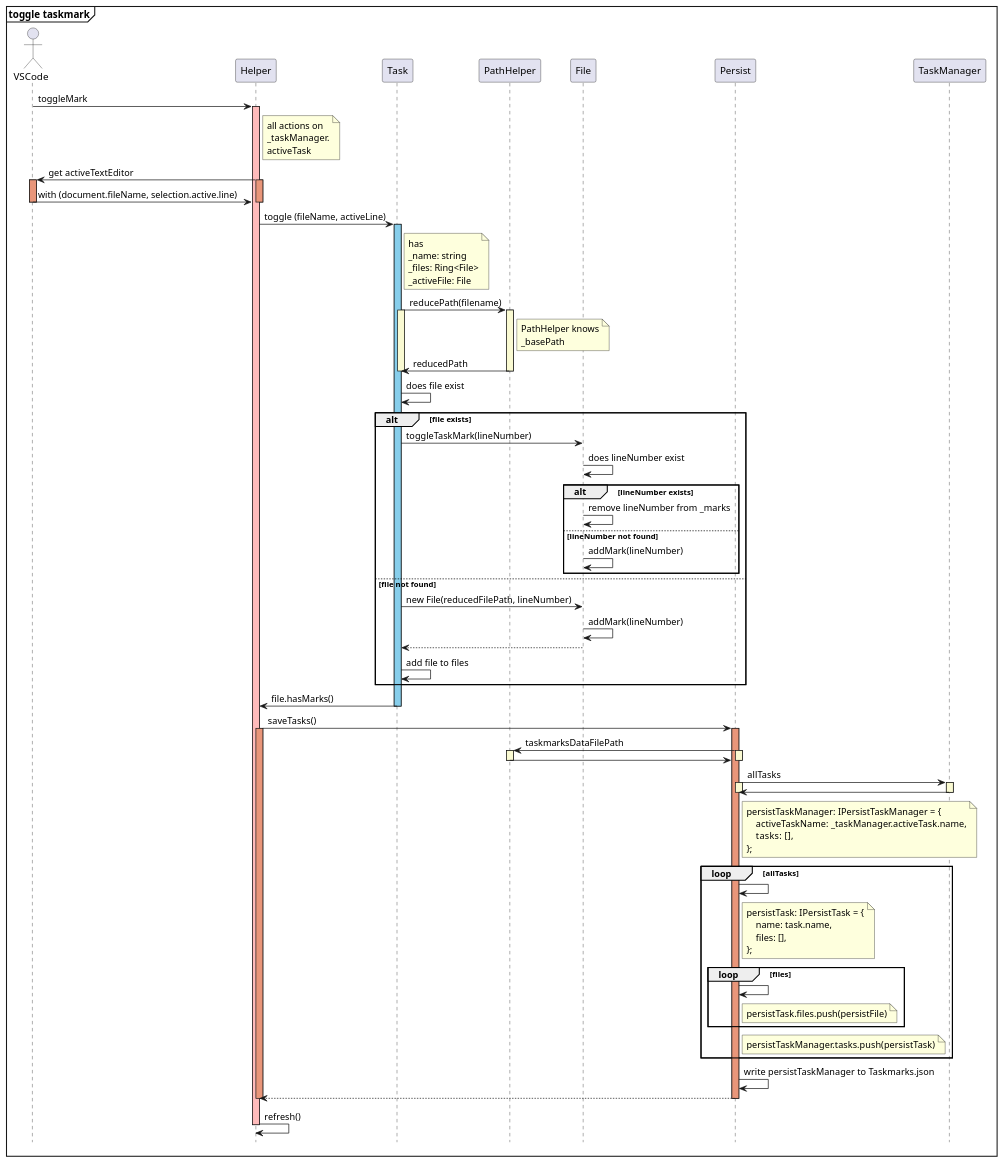
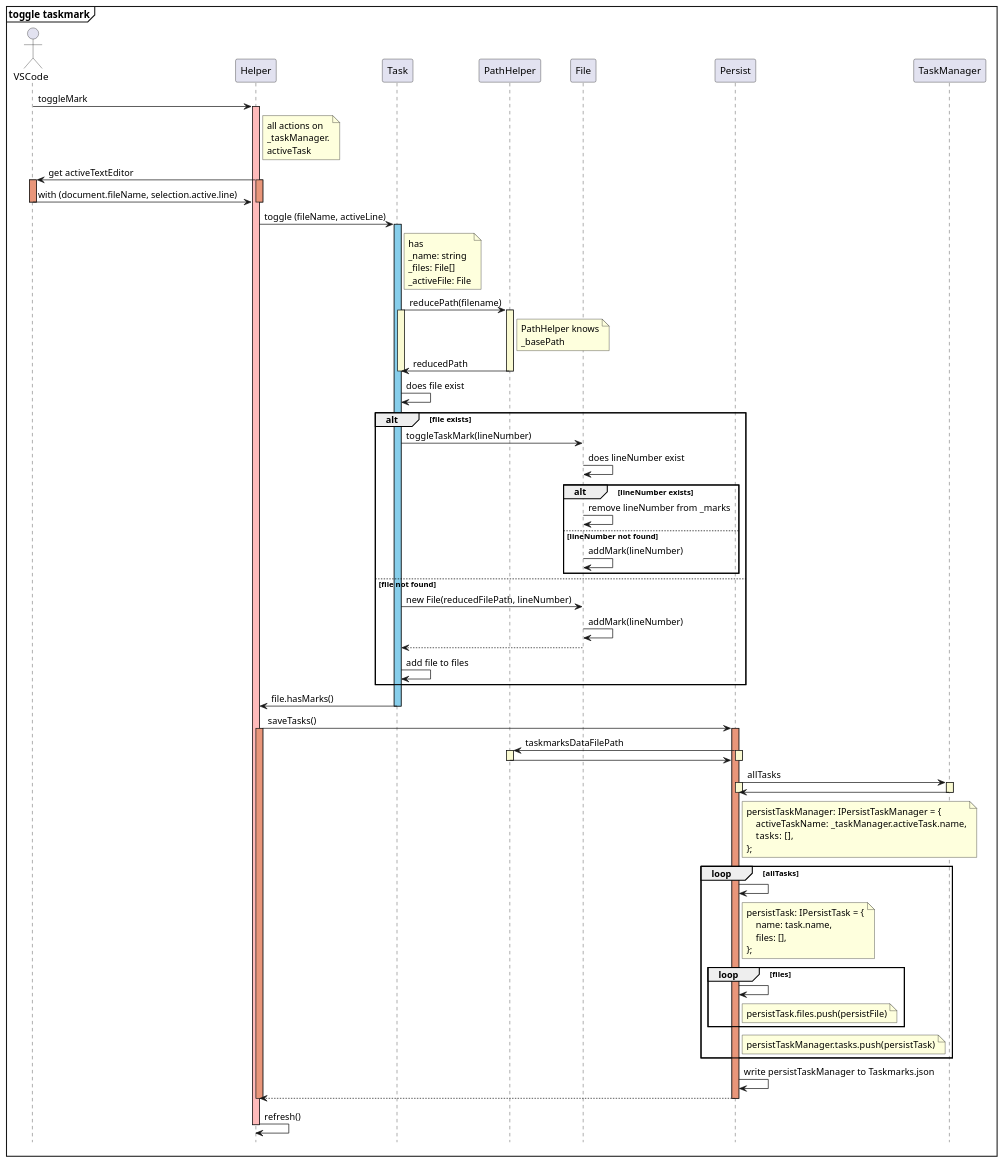
One commit to norbertK/taskmarks changed the diagram in docu/toggleTaskmark.puml. Above: the diagram before and after it, drawn with PlantUML. The commit also changed 12 other files, not shown here.

```diff
--- a/docu/toggleTaskmark.puml
+++ b/docu/toggleTaskmark.puml
@@ -2,130 +2,130 @@
 @startuml startup
 
 hide footbox
 
 mainframe **toggle taskmark**
 
 actor VSCode
 participant Helper as help
 participant Task as task
 participant PathHelper as ph
 participant File as file
 participant Persist as p
 participant TaskManager as tm
 
 VSCode -> help: toggleMark
 activate help #FFBBBB
 
 note right of help
     all actions on
     _taskManager.
     activeTask
 end note
 
 help -> VSCode: get activeTextEditor
 activate help #DarkSalmon
 activate VSCode #DarkSalmon
 VSCode -> help: with (document.fileName, selection.active.line)
 deactivate VSCode
 deactivate help
 
 
 help -> task: toggle (fileName, activeLine)
 activate task #SkyBlue
 note right of task
     has
     _name: string
-    _files: Ring<File>
+    _files: File[]
     _activeFile: File
 end note
 
 task -> ph: reducePath(filename)
 activate task #LightGoldenRodYellow
 activate ph #LightGoldenRodYellow
 
 note right of ph
     PathHelper knows
     _basePath
 end note
 
 ph -> task: reducedPath
 deactivate ph
 deactivate task
 
 task -> task: does file exist
 
 alt file exists
     task -> file: toggleTaskMark(lineNumber)
     file -> file: does lineNumber exist
     alt lineNumber exists
         file -> file: remove lineNumber from _marks
     else lineNumber not found
         file -> file: addMark(lineNumber)
     end
 
 else file not found
     task -> file: new File(reducedFilePath, lineNumber)
     file -> file: addMark(lineNumber)
     file --> task
     task -> task: add file to files
 
 end
 
 task -> help: file.hasMarks()
 deactivate task
 
 help -> p: saveTasks()
 activate help #DarkSalmon
 activate p #DarkSalmon
 p -> ph: taskmarksDataFilePath
 activate p #LightGoldenRodYellow
 activate ph #LightGoldenRodYellow
 ph -> p
 deactivate ph
 deactivate p
 
 p -> tm: allTasks
 activate p #LightGoldenRodYellow
 activate tm #LightGoldenRodYellow
 tm -> p
 deactivate tm
 deactivate p
 
 note right of p
     persistTaskManager: IPersistTaskManager = {
         activeTaskName: _taskManager.activeTask.name,
         tasks:  [],
     };
 end note
 loop allTasks
     p -> p
     note right of p
         persistTask: IPersistTask = {
             name: task.name,
             files: [],
         };
     end note
     loop files
         p -> p
         note right of p
             persistTask.files.push(persistFile)
         end note
     end
     note right of p
         persistTaskManager.tasks.push(persistTask)
     end note
 end
 
 p -> p: write persistTaskManager to Taskmarks.json
 
 p --> help
 deactivate p
 deactivate help
 
 help -> help: refresh()
 
 
 deactivate help
 
 
 @endjson
```
